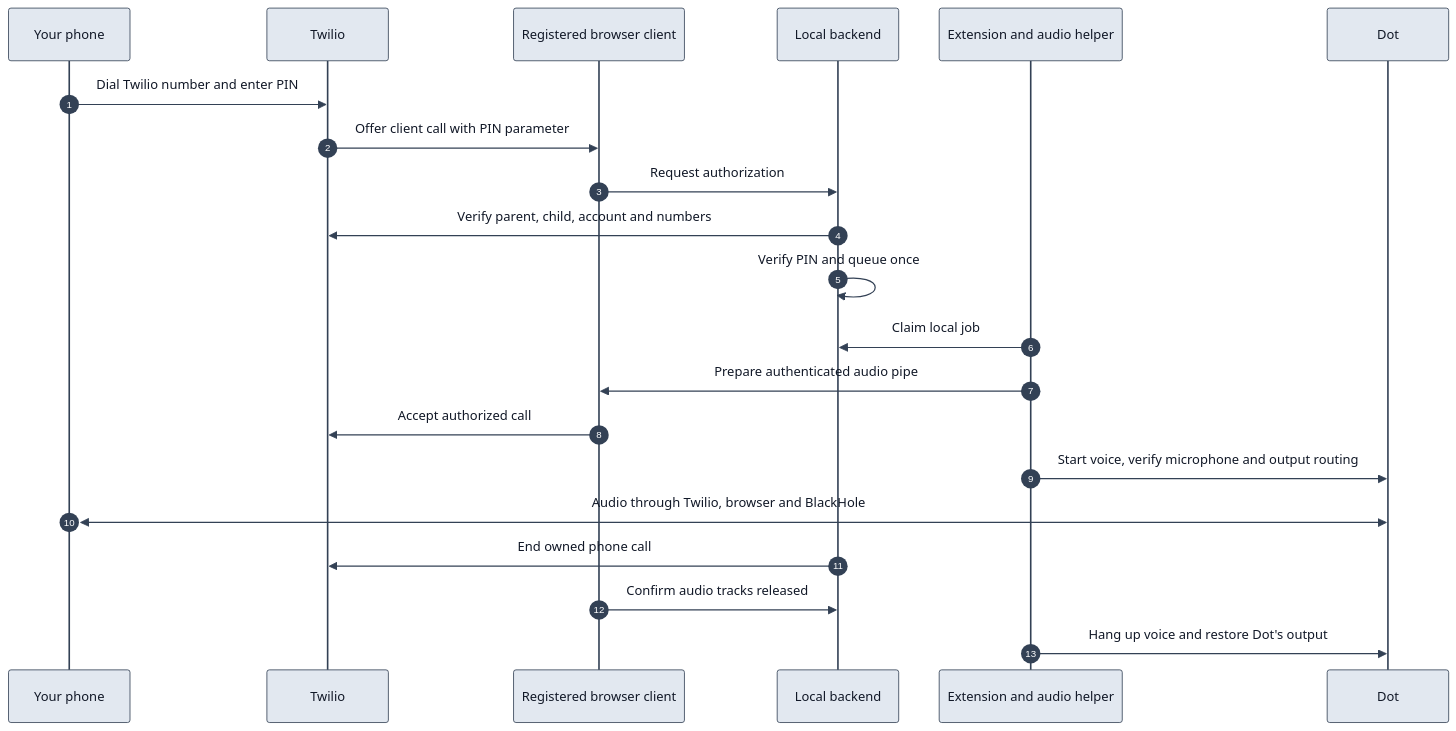
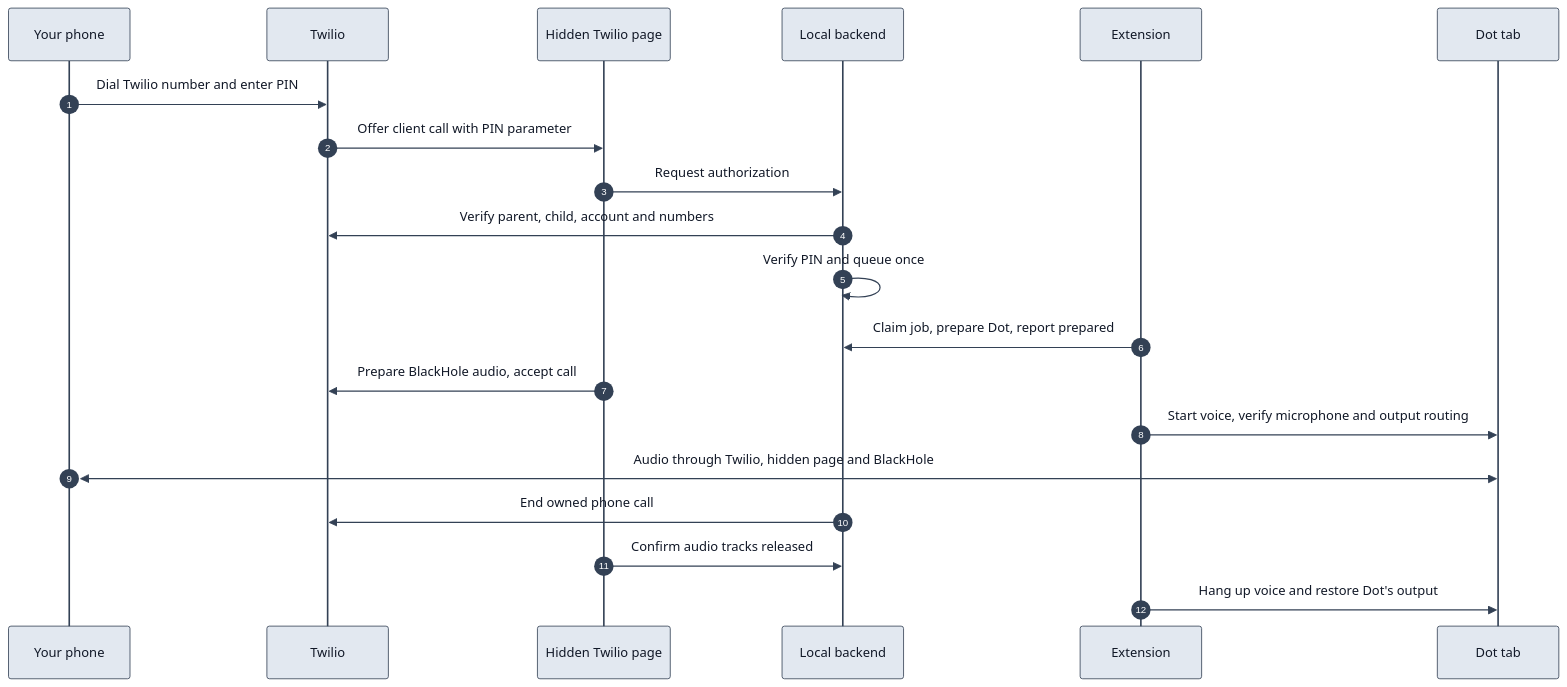
One commit to devhims/dot-phone-call changed the diagram in docs/ARCHITECTURE.md. Above: the diagram before and after it, drawn with Mermaid. The commit also changed other lines of this file and 73 other files, not shown here.

First line of the commit message:
feat: run calls from the extension and remove the native helper

````diff
--- a/docs/ARCHITECTURE.md
+++ b/docs/ARCHITECTURE.md
@@ -13,24 +13,23 @@
 ```mermaid
 %%{init: {'theme': 'base', 'themeVariables': {'actorBkg': '#e2e8f0', 'actorTextColor': '#111827', 'actorBorder': '#334155', 'signalColor': '#334155', 'signalTextColor': '#111827', 'sequenceNumberColor': '#ffffff'}}}%%
 sequenceDiagram
     autonumber
     participant P as Your phone
     participant T as Twilio
-    participant B as Registered browser client
+    participant B as Hidden Twilio page
     participant L as Local backend
-    participant H as Extension and audio helper
-    participant D as Dot
+    participant E as Extension
+    participant D as Dot tab
     P->>T: Dial Twilio number and enter PIN
     T->>B: Offer client call with PIN parameter
     B->>L: Request authorization
     L->>T: Verify parent, child, account and numbers
     L->>L: Verify PIN and queue once
-    H->>L: Claim local job
-    H->>B: Prepare authenticated audio pipe
-    B->>T: Accept authorized call
-    H->>D: Start voice, verify microphone and output routing
-    P<<->>D: Audio through Twilio, browser and BlackHole
+    E->>L: Claim job, prepare Dot, report prepared
+    B->>T: Prepare BlackHole audio, accept call
+    E->>D: Start voice, verify microphone and output routing
+    P<<->>D: Audio through Twilio, hidden page and BlackHole
     L->>T: End owned phone call
     B->>L: Confirm audio tracks released
-    H->>D: Hang up voice and restore Dot's output
+    E->>D: Hang up voice and restore Dot's output
 ```
````
